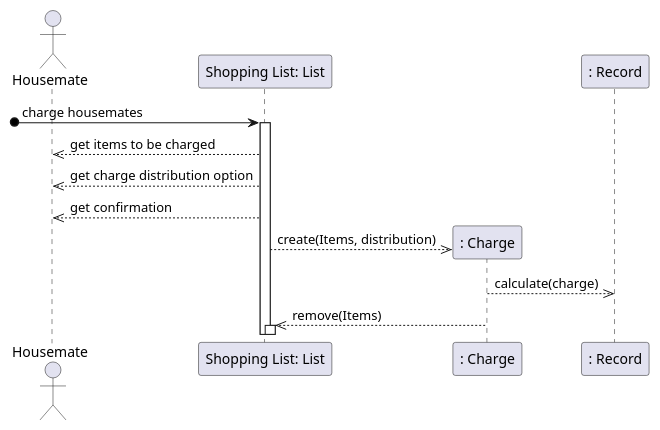
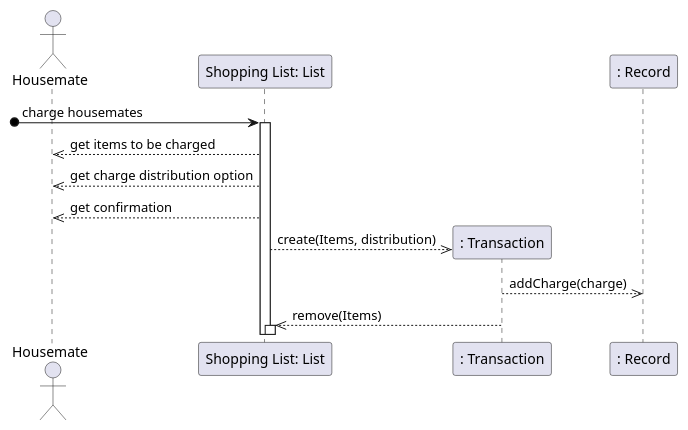
The third of 4 diagrams in doc/design.md (willemnielsen/House-App), drawn with PlantUML before and after one commit. The commit also changed other lines of this file and 1 other file, not shown here.

````diff
--- a/doc/design.md
+++ b/doc/design.md
@@ -92,24 +89,24 @@
 ```plantuml
 
 @startuml
 actor Housemate as Actor
 participant "Shopping List: List" as shoppingList
-participant ": Charge" as charge
+participant ": Transaction" as transaction
 participant ": Record" as record
 
 
 [o-> shoppingList : charge housemates
 activate shoppingList
 
     shoppingList -->> Actor  : get items to be charged
     shoppingList -->> Actor  : get charge distribution option
     shoppingList -->> Actor  : get confirmation
-    shoppingList -->> charge** : create(Items, distribution)
-    charge -->> record : calculate(charge)
-    charge -->> shoppingList : remove(Items)
+    shoppingList -->> transaction** : create(Items, distribution)
+    transaction -->> record : addCharge(charge)
+    transaction -->> shoppingList : remove(Items)
 
 activate shoppingList
 
 
 @enduml
 ```
````
